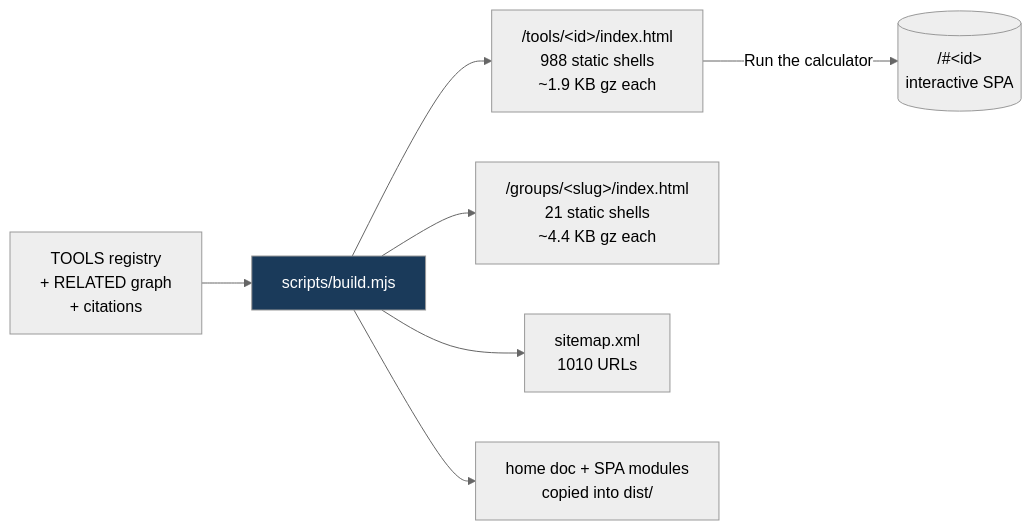
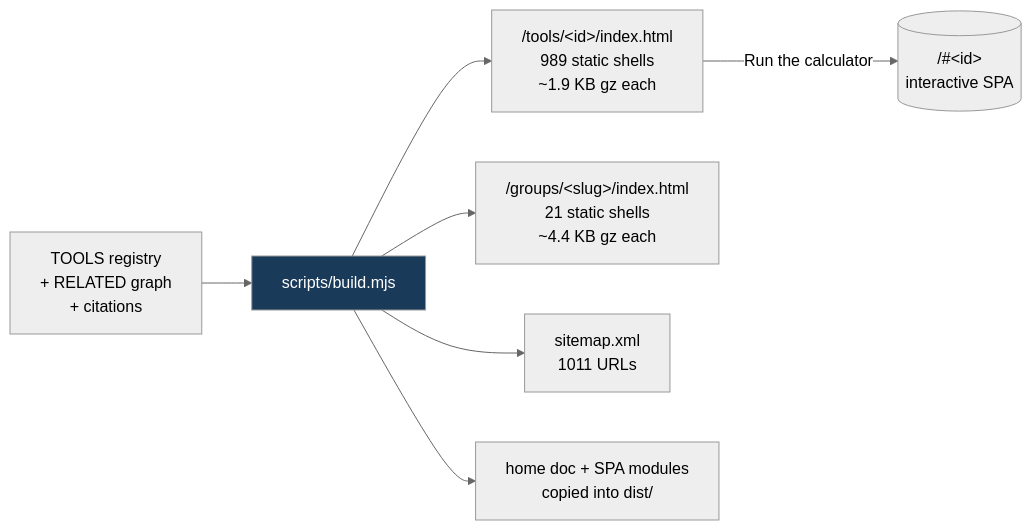
Before and after one commit to clay-good/roughlogic.com: the fifth of 8 diagrams in README.md, drawn with Mermaid (neutral theme). The commit also changed other lines of this file and 13 other files, not shown here.

````diff
--- a/README.md
+++ b/README.md
@@ -495,10 +495,10 @@
 ```mermaid
 flowchart LR
     SRC[TOOLS registry\n+ RELATED graph\n+ citations] --> BUILD[scripts/build.mjs]
-    BUILD --> TILE["/tools/&lt;id&gt;/index.html\n988 static shells\n~1.9 KB gz each"]
+    BUILD --> TILE["/tools/&lt;id&gt;/index.html\n989 static shells\n~1.9 KB gz each"]
     BUILD --> GROUP["/groups/&lt;slug&gt;/index.html\n21 static shells\n~4.4 KB gz each"]
-    BUILD --> MAP["sitemap.xml\n1010 URLs"]
+    BUILD --> MAP["sitemap.xml\n1011 URLs"]
     BUILD --> COPY[home doc + SPA modules\ncopied into dist/]
     TILE -->|Run the calculator| SPA[("/#&lt;id&gt;\ninteractive SPA")]
     style BUILD fill:#1a3a5a,color:#fff
 ```
````
